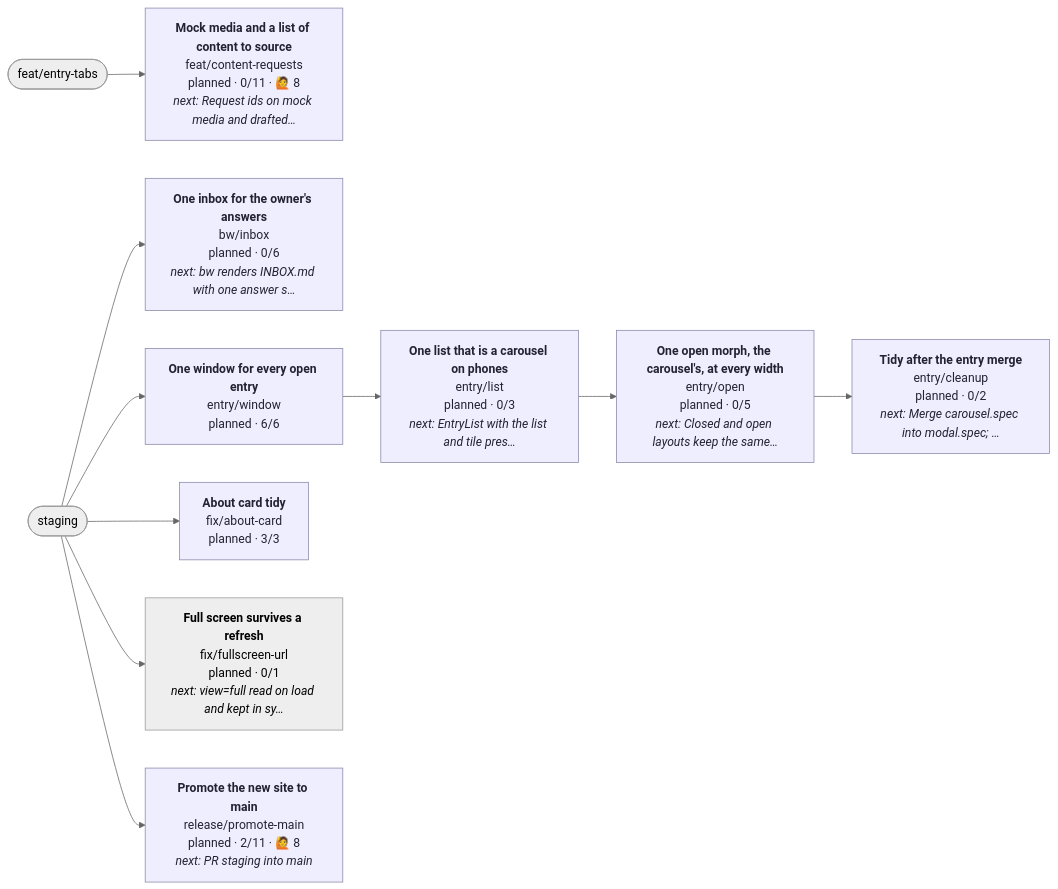
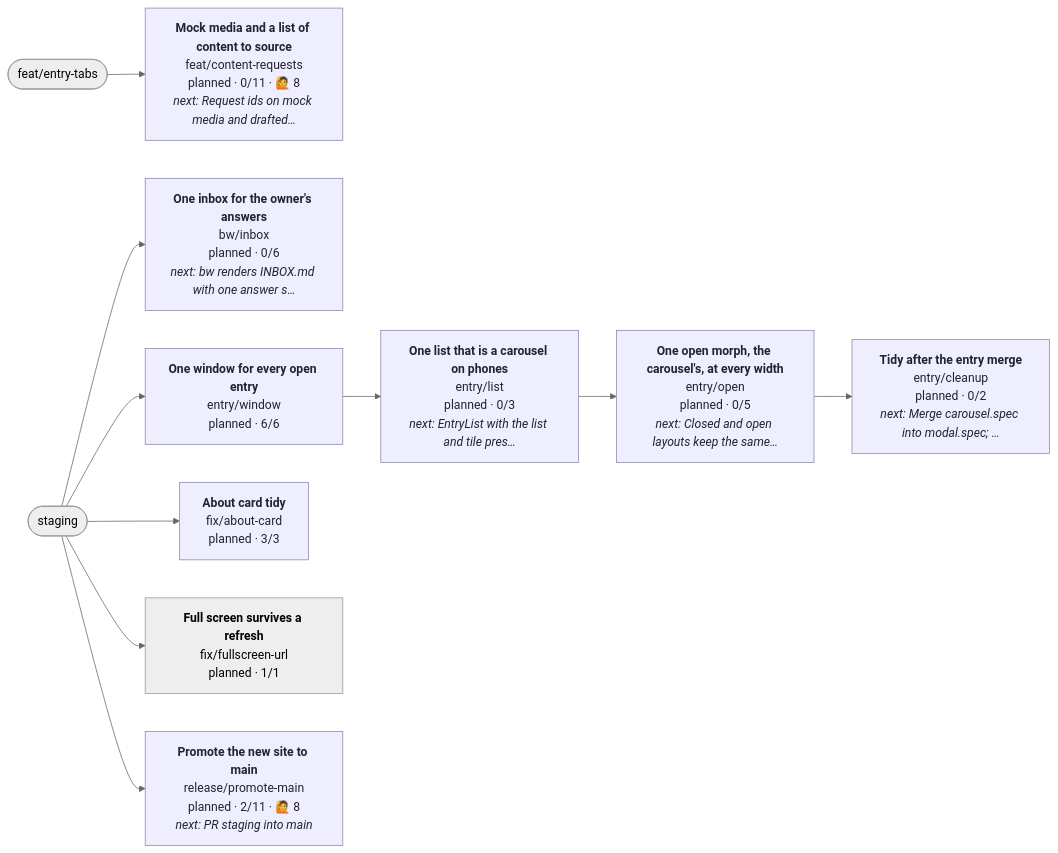
The diagram in CONTRIBUTING.md (henryjonescodes/portfolio), drawn with Mermaid (neutral theme) before and after one commit. The commit also changed other lines of this file, not shown here.

````diff
--- a/CONTRIBUTING.md
+++ b/CONTRIBUTING.md
@@ -17,37 +17,37 @@
 ```mermaid
 flowchart LR
   n_staging([staging])
   n_feat_entry_tabs([feat/entry-tabs])
   n_bw_inbox["<b>One inbox for the owner's answers</b><br/>bw/inbox<br/>planned · 0/6<br/><i>next: bw renders INBOX.md with one answer s…</i>"]
   class n_bw_inbox planned
   n_staging --> n_bw_inbox
   n_entry_cleanup["<b>Tidy after the entry merge</b><br/>entry/cleanup<br/>planned · 0/2<br/><i>next: Merge carousel.spec into modal.spec; …</i>"]
   class n_entry_cleanup planned
   n_entry_open --> n_entry_cleanup
   n_entry_list["<b>One list that is a carousel on phones</b><br/>entry/list<br/>planned · 0/3<br/><i>next: EntryList with the list and tile pres…</i>"]
   class n_entry_list planned
   n_entry_window --> n_entry_list
   n_entry_open["<b>One open morph, the carousel's, at every width</b><br/>entry/open<br/>planned · 0/5<br/><i>next: Closed and open layouts keep the same…</i>"]
   class n_entry_open planned
   n_entry_list --> n_entry_open
   n_entry_window["<b>One window for every open entry</b><br/>entry/window<br/>planned · 6/6"]
   class n_entry_window planned
   n_staging --> n_entry_window
   n_feat_content_requests["<b>Mock media and a list of content to source</b><br/>feat/content-requests<br/>planned · 0/11 · 🙋 8<br/><i>next: Request ids on mock media and drafted…</i>"]
   class n_feat_content_requests planned
   n_feat_entry_tabs --> n_feat_content_requests
   n_fix_about_card["<b>About card tidy</b><br/>fix/about-card<br/>planned · 3/3"]
   class n_fix_about_card planned
   n_staging --> n_fix_about_card
-  n_fix_fullscreen_url["<b>Full screen survives a refresh</b><br/>fix/fullscreen-url<br/>planned · 0/1<br/><i>next: view=full read on load and kept in sy…</i>"]
+  n_fix_fullscreen_url["<b>Full screen survives a refresh</b><br/>fix/fullscreen-url<br/>planned · 1/1"]
   class n_fix_fullscreen_url planned,current
   n_staging --> n_fix_fullscreen_url
   n_release_promote_main["<b>Promote the new site to main</b><br/>release/promote-main<br/>planned · 2/11 · 🙋 8<br/><i>next: PR staging into main</i>"]
   class n_release_promote_main planned
   n_staging --> n_release_promote_main
   classDef planned fill:#eef,stroke:#88a,color:#223
   classDef active fill:#dfd,stroke:#3a3,stroke-width:3px,color:#132
   classDef blocked fill:#fdd,stroke:#c33,color:#311
   classDef review fill:#ffd,stroke:#cc3,color:#331
   classDef current stroke:#06c,stroke-width:4px
 ```
````
